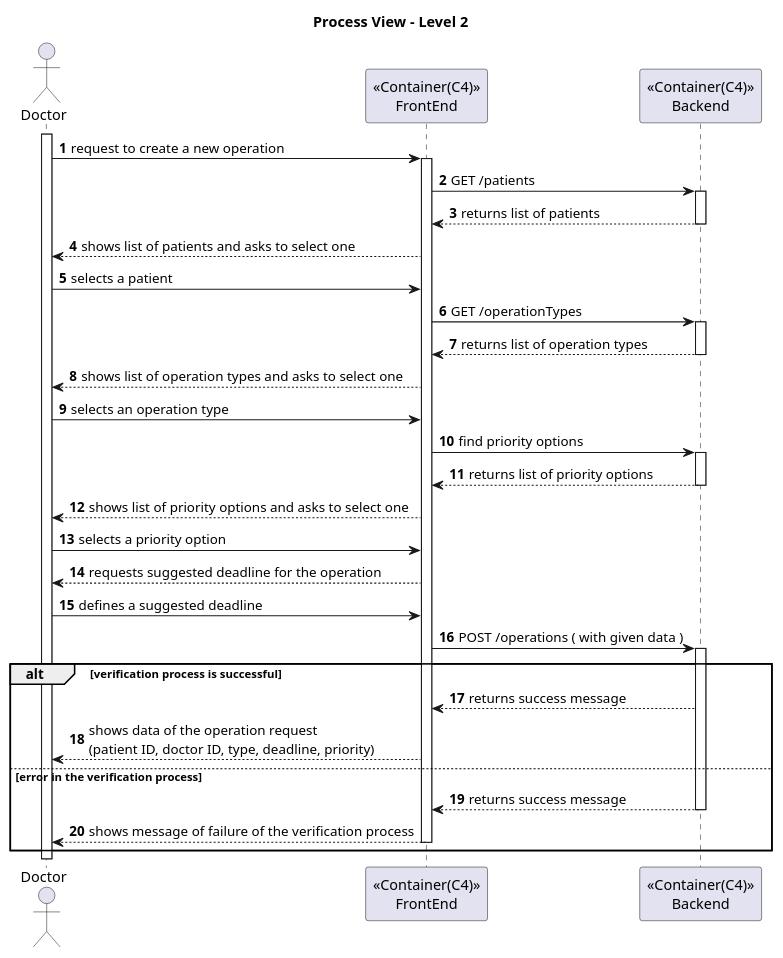
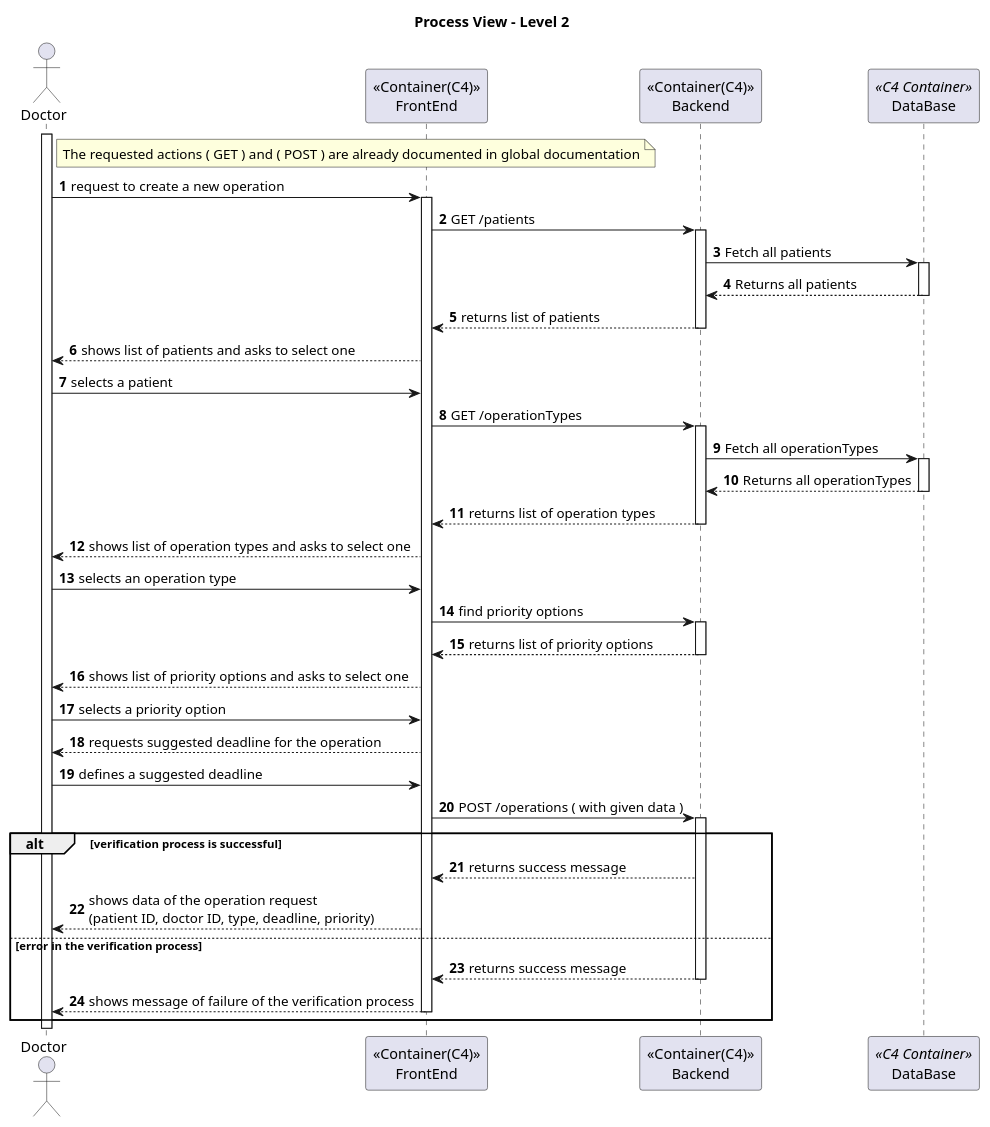
The diagram in Docs/SprintA/US16/level2/process_view.puml (Saquinho74/LAPR5), drawn with PlantUML before and after one commit. The commit also changed 13 other files, not shown here.

Commit message:
Generic PUT, GET and POST documentation updated

```diff
--- a/Docs/SprintA/US16/level2/process_view.puml
+++ b/Docs/SprintA/US16/level2/process_view.puml
@@ -1,107 +1,127 @@
 @startuml
 'https://plantuml.com/sequence-diagram
 
 autonumber
 actor Doctor as doc
 participant "<<Container(C4)>>\nFrontEnd" as sys
-participant "<<Container(C4)>>\nBackend" as Backend
+participant "<<Container(C4)>>\nBackend" as BE
+participant "DataBase" as DB <<C4 Container>>
 activate doc
 
 title Process View - Level 2
+
+note right of doc
+  The requested actions ( GET ) and ( POST ) are already documented in global documentation
+end note
 
 
 doc -> sys: request to create a new operation
 
 activate sys
 
 
-sys -> "Backend" : GET /patients
+sys -> BE : GET /patients
 
-activate "Backend"
+activate BE
 
-"Backend" --> sys : returns list of patients
+BE -> DB: Fetch all patients
+activate DB
+DB --> BE: Returns all patients
+deactivate DB
 
-deactivate "Backend"
+
+
+BE --> sys : returns list of patients
+
+deactivate BE
+
+
 
 
 sys --> doc: shows list of patients and asks to select one
 
 
 doc -> sys: selects a patient
 
 
-sys -> "Backend" : GET /operationTypes
+sys -> BE : GET /operationTypes
 
-activate "Backend"
+activate BE
 
-"Backend" --> sys : returns list of operation types
+BE -> DB: Fetch all operationTypes
+activate DB
+DB --> BE: Returns all operationTypes
+deactivate DB
 
-deactivate "Backend"
+
+BE--> sys : returns list of operation types
+
+deactivate BE
 
 sys --> doc: shows list of operation types and asks to select one
 
 
 
 
-deactivate "Backend"
+deactivate BE
 
 doc -> sys: selects an operation type
 
 
 
-sys -> "Backend" : find priority options
+sys -> BE: find priority options
 
-activate "Backend"
+activate BE
 
-"Backend" --> sys : returns list of priority options
+BE --> sys : returns list of priority options
 
-deactivate "Backend"
+deactivate BE
 
 sys --> doc : shows list of priority options and asks to select one
 
 
 
 
 
 doc -> sys: selects a priority option
 
 
 
 sys --> doc: requests suggested deadline for the operation
 
 
 
 doc -> sys: defines a suggested deadline
 
 
 
 
 
 
 
-sys -> "Backend" : POST /operations ( with given data )
+sys -> BE: POST /operations ( with given data )
 
-activate "Backend"
+activate BE
 
 alt verification process is successful
 
 
-"Backend" --> sys : returns success message
+BE --> sys : returns success message
 
 
   sys --> doc: shows data of the operation request \n(patient ID, doctor ID, type, deadline, priority)
 
 
 else error in the verification process
 
-"Backend" --> sys : returns success message
+BE --> sys : returns success message
 
-deactivate "Backend"
+deactivate BE
 
   sys --> doc: shows message of failure of the verification process
 
   deactivate sys
 
 end
 
 @enduml
```
